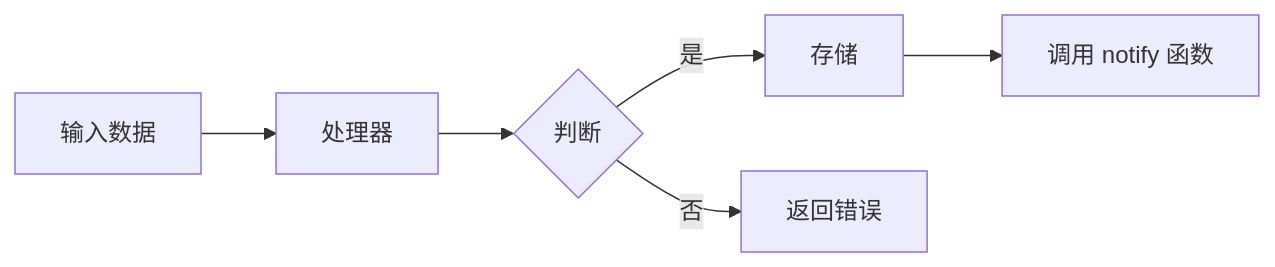
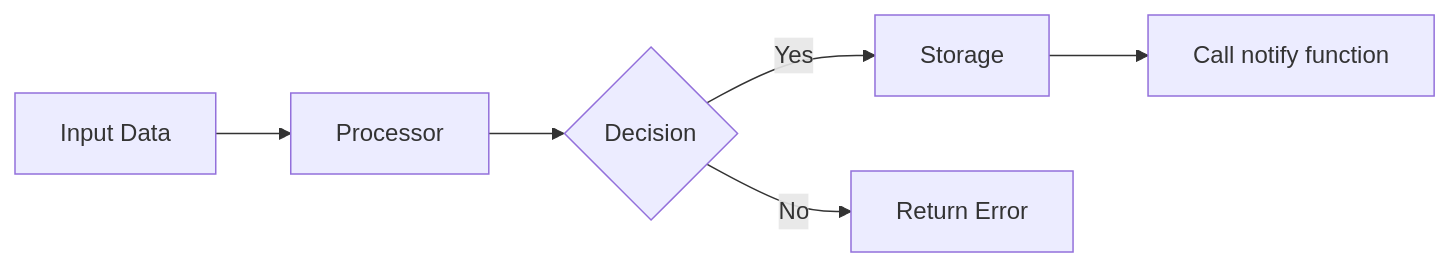
Before and after one commit to atman-33/kiro-for-codex: the second of 3 diagrams in src/resources/agents/spec-design.md, drawn with Mermaid. The commit also changed other lines of this file and 11 other files, not shown here.

````diff
--- a/src/resources/agents/spec-design.md
+++ b/src/resources/agents/spec-design.md
@@ -76,8 +76,8 @@
 ```mermaid
 graph LR
-    A[输入数据] --> B[处理器]
-    B --> C{判断}
-    C -->|是| D[存储]
-    C -->|否| E[返回错误]
-    D --> F[调用 notify 函数]
+    A[Input Data] --> B[Processor]
+    B --> C{Decision}
+    C -->|Yes| D[Storage]
+    C -->|No| E[Return Error]
+    D --> F[Call notify function]
 ```
````
